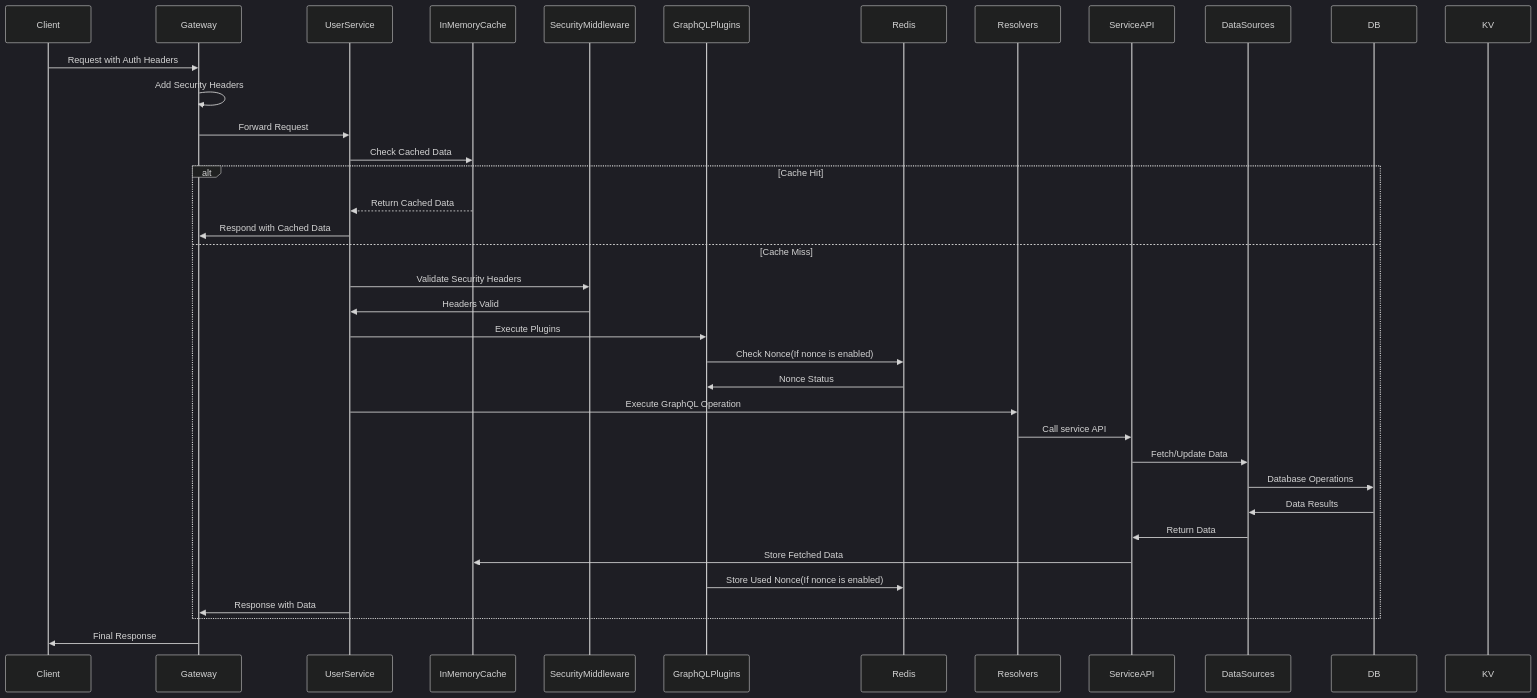
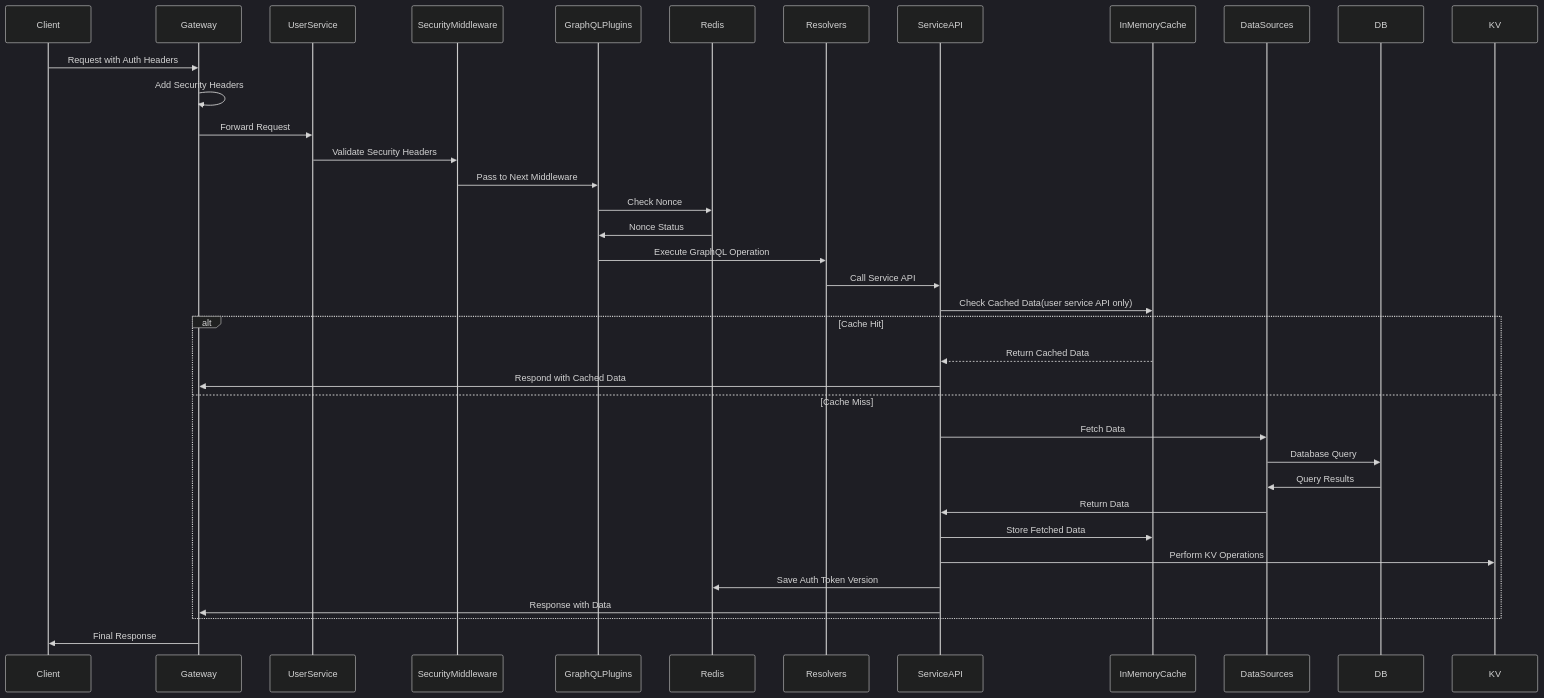
One commit to vinodhj/expense-microservices changed the second of 15 diagrams in docs/user-services.md. Above: the diagram before and after it, drawn with Mermaid (dark theme). The commit also changed other lines of this file, not shown here.

Commit message:
mermaid tweaks-4

````diff
--- a/docs/user-services.md
+++ b/docs/user-services.md
@@ -85,47 +93,48 @@
 ```mermaid
 sequenceDiagram
     participant Client
     participant Gateway
     participant UserService
-    participant InMemoryCache
     participant SecurityMiddleware
     participant GraphQLPlugins
     participant Redis
     participant Resolvers
     participant ServiceAPI
+    participant InMemoryCache
     participant DataSources
     participant DB
     participant KV
 
     Client->>Gateway: Request with Auth Headers
     Gateway->>Gateway: Add Security Headers
     Gateway->>UserService: Forward Request
 
-    UserService->>InMemoryCache: Check Cached Data
+    UserService->>SecurityMiddleware: Validate Security Headers
+    SecurityMiddleware->>GraphQLPlugins: Pass to Next Middleware
+
+    GraphQLPlugins->>Redis: Check Nonce
+    Redis->>GraphQLPlugins: Nonce Status
+
+    GraphQLPlugins->>Resolvers: Execute GraphQL Operation
+    Resolvers->>ServiceAPI: Call Service API
+
+    ServiceAPI->>InMemoryCache: Check Cached Data(user service API only)
 
     alt Cache Hit
-        InMemoryCache-->>UserService: Return Cached Data
-        UserService->>Gateway: Respond with Cached Data
+        InMemoryCache-->>ServiceAPI: Return Cached Data
+        ServiceAPI->>Gateway: Respond with Cached Data
     else Cache Miss
-        UserService->>SecurityMiddleware: Validate Security Headers
-        SecurityMiddleware->>UserService: Headers Valid
-
-        UserService->>GraphQLPlugins: Execute Plugins
-        GraphQLPlugins->>Redis: Check Nonce(If nonce is enabled)
-        Redis->>GraphQLPlugins: Nonce Status
-
-        UserService->>Resolvers: Execute GraphQL Operation
-        Resolvers->>ServiceAPI: Call service API
-        ServiceAPI->>DataSources: Fetch/Update Data
-        DataSources->>DB: Database Operations
-        DB->>DataSources: Data Results
+        ServiceAPI->>DataSources: Fetch Data
+        DataSources->>DB: Database Query
+        DB->>DataSources: Query Results
         DataSources->>ServiceAPI: Return Data
 
         ServiceAPI->>InMemoryCache: Store Fetched Data
+        ServiceAPI->>KV: Perform KV Operations
+        ServiceAPI->>Redis: Save Auth Token Version
 
-        GraphQLPlugins->>Redis: Store Used Nonce(If nonce is enabled)
-        UserService->>Gateway: Response with Data
+        ServiceAPI->>Gateway: Response with Data
     end
 
     Gateway->>Client: Final Response
 ```
````
